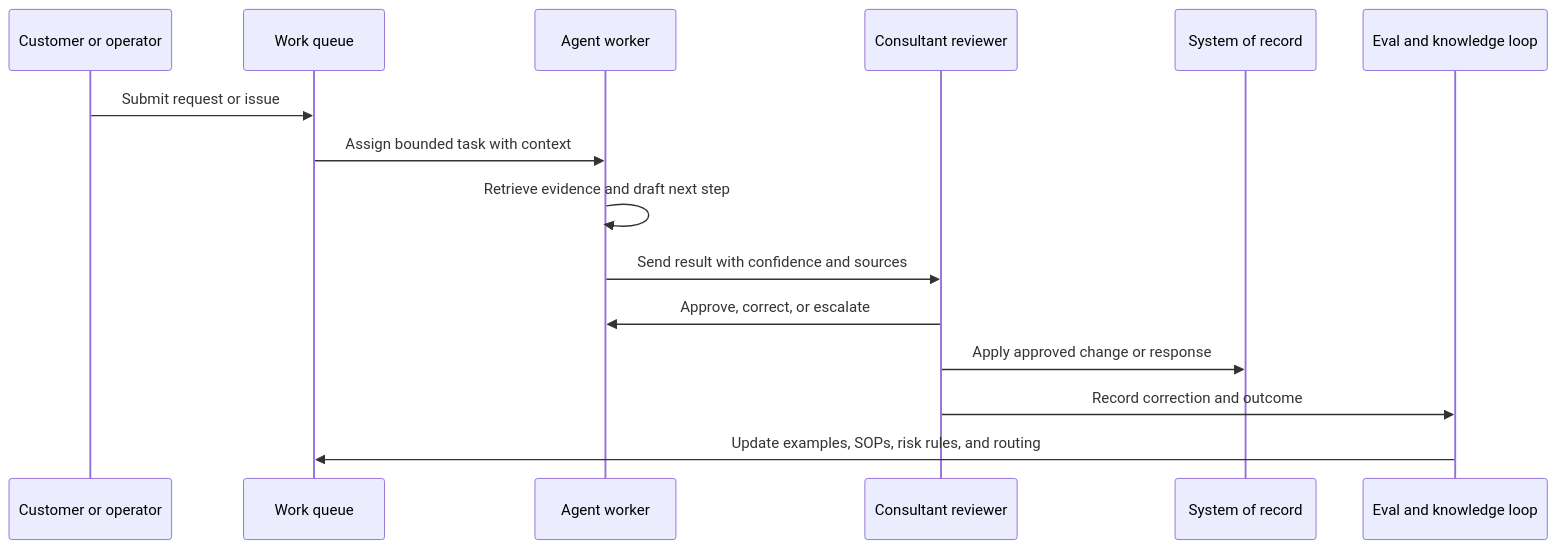
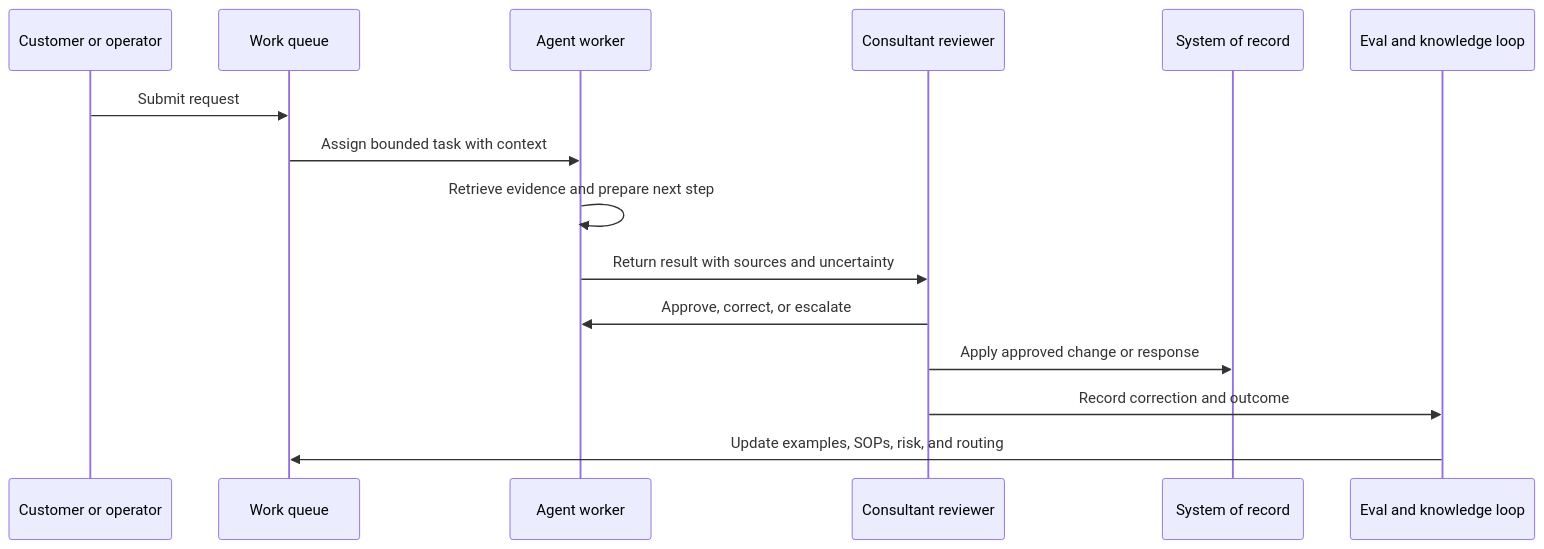
One commit to mdegoll/Hugo-Personal changed the third of 3 diagrams in content/playbooks/cooperative-managed-services-platform-systems-of-record.md. Above: the diagram before and after it, drawn with Mermaid. The commit also changed other lines of this file and 5 other files, not shown here.

````diff
--- a/content/playbooks/cooperative-managed-services-platform-systems-of-record.md
+++ b/content/playbooks/cooperative-managed-services-platform-systems-of-record.md
@@ -271,18 +271,18 @@
 ```mermaid
 sequenceDiagram
     participant Customer as Customer or operator
     participant Queue as Work queue
     participant Agent as Agent worker
-    participant Consultant as Consultant reviewer
+    participant Reviewer as Consultant reviewer
     participant System as System of record
-    participant Evals as Eval and knowledge loop
+    participant Learning as Eval and knowledge loop
 
-    Customer->>Queue: Submit request or issue
+    Customer->>Queue: Submit request
     Queue->>Agent: Assign bounded task with context
-    Agent->>Agent: Retrieve evidence and draft next step
-    Agent->>Consultant: Send result with confidence and sources
-    Consultant->>Agent: Approve, correct, or escalate
-    Consultant->>System: Apply approved change or response
-    Consultant->>Evals: Record correction and outcome
-    Evals->>Queue: Update examples, SOPs, risk rules, and routing
+    Agent->>Agent: Retrieve evidence and prepare next step
+    Agent->>Reviewer: Return result with sources and uncertainty
+    Reviewer->>Agent: Approve, correct, or escalate
+    Reviewer->>System: Apply approved change or response
+    Reviewer->>Learning: Record correction and outcome
+    Learning->>Queue: Update examples, SOPs, risk, and routing
 ```
````
